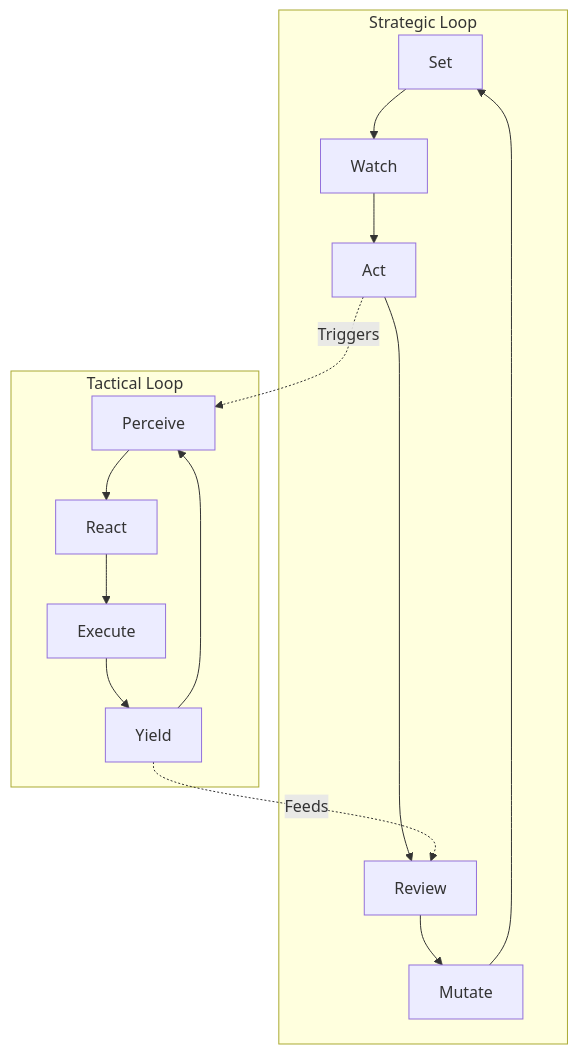
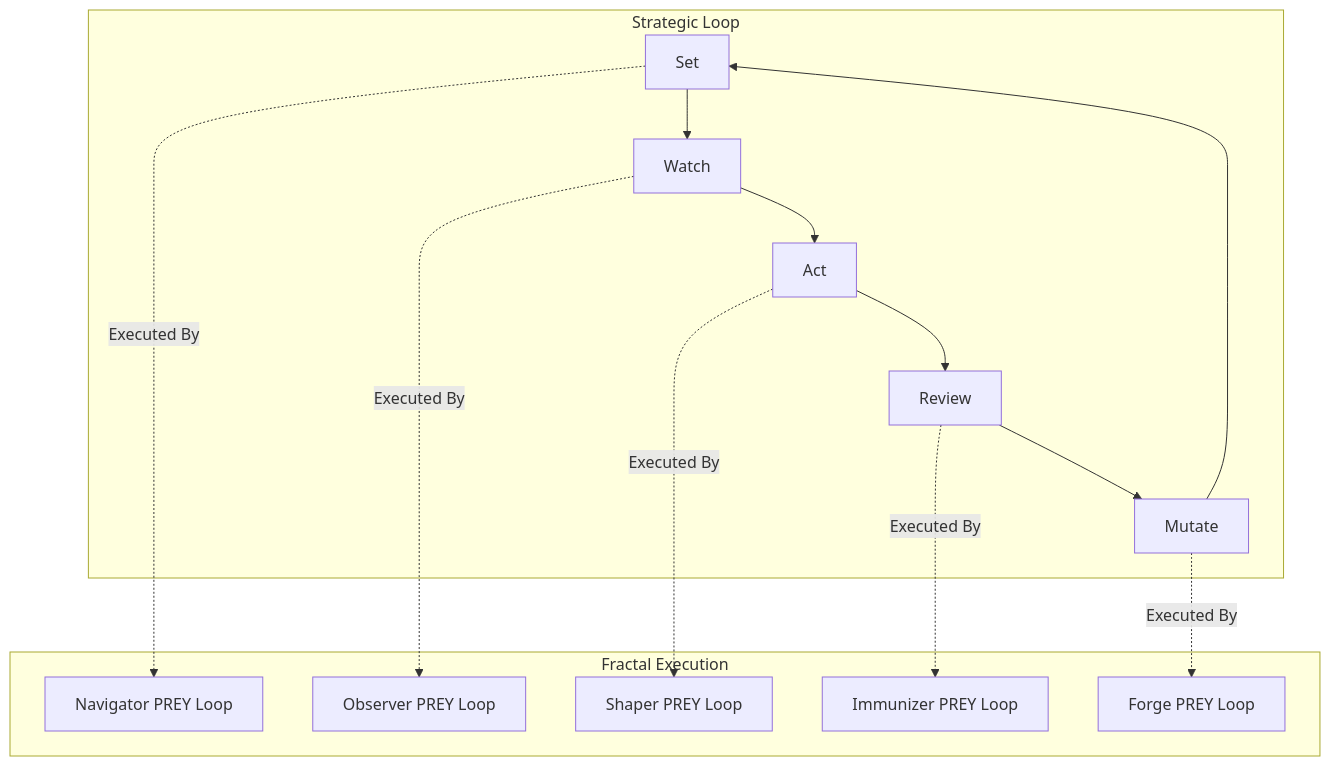
The first of 3 diagrams in brain/infrastructure_loops.md (TTaoGaming/hfo_2025_11), drawn with Mermaid before and after one commit. The commit also changed other lines of this file and 757 other files, not shown here.

````diff
--- a/brain/infrastructure_loops.md
+++ b/brain/infrastructure_loops.md
@@ -51,20 +63,18 @@
 ```mermaid
 graph TD
     subgraph SWARM [Strategic Loop]
         Set --> Watch
         Watch --> Act
         Act --> Review
         Review --> Mutate
         Mutate --> Set
     end
 
-    subgraph PREY [Tactical Loop]
-        Perceive --> React
-        React --> Execute
-        Execute --> Yield
-        Yield --> Perceive
+    subgraph PREY_FRACTAL [Fractal Execution]
+        Set -.->|Executed By| PREY_1[Navigator PREY Loop]
+        Watch -.->|Executed By| PREY_2[Observer PREY Loop]
+        Act -.->|Executed By| PREY_3[Shaper PREY Loop]
+        Review -.->|Executed By| PREY_4[Immunizer PREY Loop]
+        Mutate -.->|Executed By| PREY_5[Forge PREY Loop]
     end
-
-    Act -.->|Triggers| Perceive
-    Yield -.->|Feeds| Review
 ```
````
